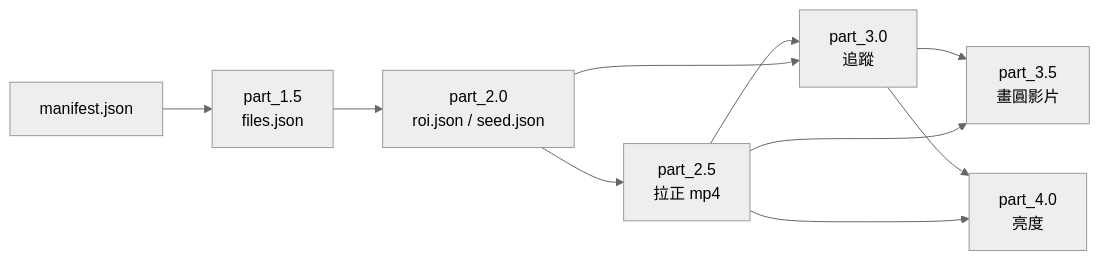
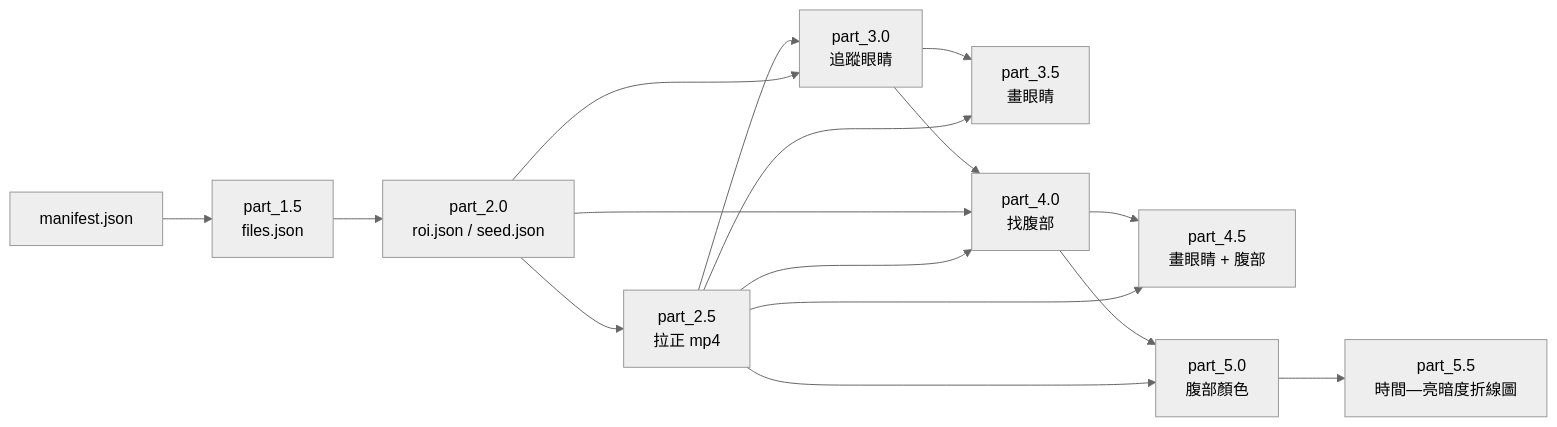
Before and after one commit to anunnamedtank24/squid_video_analysis: the diagram in src/tool/README.md, drawn with Mermaid (neutral theme). The commit also changed other lines of this file and 415 other files, not shown here.

````diff
--- a/src/tool/README.md
+++ b/src/tool/README.md
@@ -48,12 +51,18 @@
 ```mermaid
 flowchart LR
     M[manifest.json] --> P15[part_1.5<br/>files.json]
     P15 --> P20[part_2.0<br/>roi.json / seed.json]
     P20 --> P25[part_2.5<br/>拉正 mp4]
-    P25 --> P30[part_3.0<br/>追蹤]
+    P25 --> P30[part_3.0<br/>追蹤眼睛]
     P20 --> P30
-    P30 --> P35[part_3.5<br/>畫圓影片]
-    P30 --> P40[part_4.0<br/>亮度]
+    P30 --> P35[part_3.5<br/>畫眼睛]
+    P30 --> P40[part_4.0<br/>找腹部]
+    P20 --> P40
+    P25 --> P40
+    P40 --> P45[part_4.5<br/>畫眼睛 + 腹部]
+    P40 --> P50[part_5.0<br/>腹部顏色]
     P25 --> P35
-    P25 --> P40
+    P25 --> P45
+    P25 --> P50
+    P50 --> P55[part_5.5<br/>時間—亮暗度折線圖]
 ```
````
